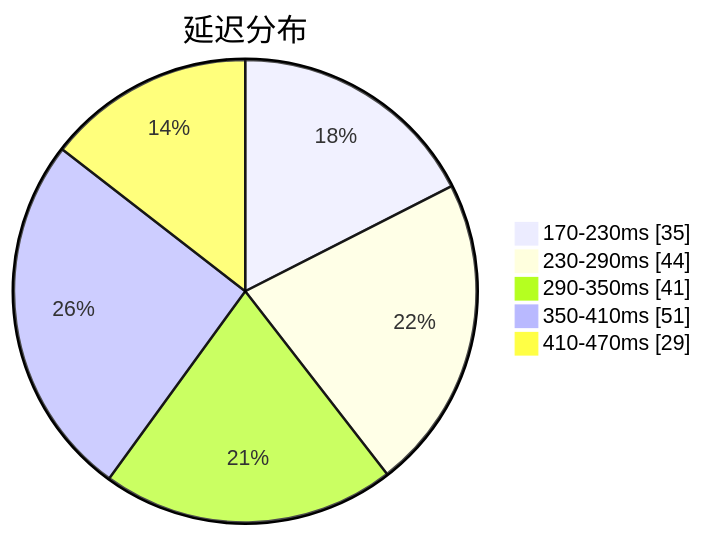
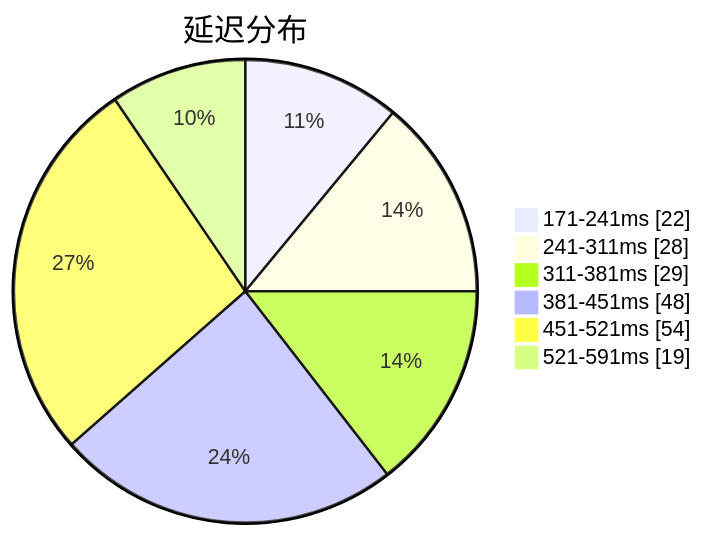
Before and after one commit to qjlxg/airport: the first of 3 diagrams in subs/statistics/tested_within.md, drawn with Mermaid. The commit also changed other lines of this file and 2 other files, not shown here.

````diff
--- a/subs/statistics/tested_within.md
+++ b/subs/statistics/tested_within.md
@@ -2,9 +2,10 @@
 ```mermaid
 pie showData
 title 延迟分布
-"170-230ms" : 35
-"230-290ms" : 44
-"290-350ms" : 41
-"350-410ms" : 51
-"410-470ms" : 29
+"171-241ms" : 22
+"241-311ms" : 28
+"311-381ms" : 29
+"381-451ms" : 48
+"451-521ms" : 54
+"521-591ms" : 19
 ```
````
